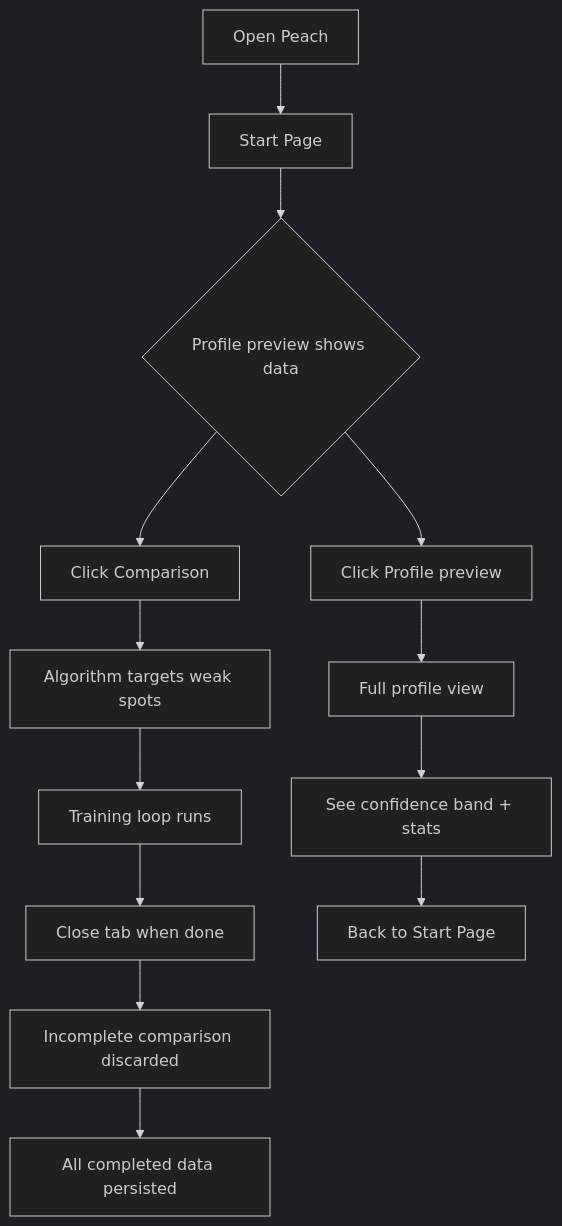
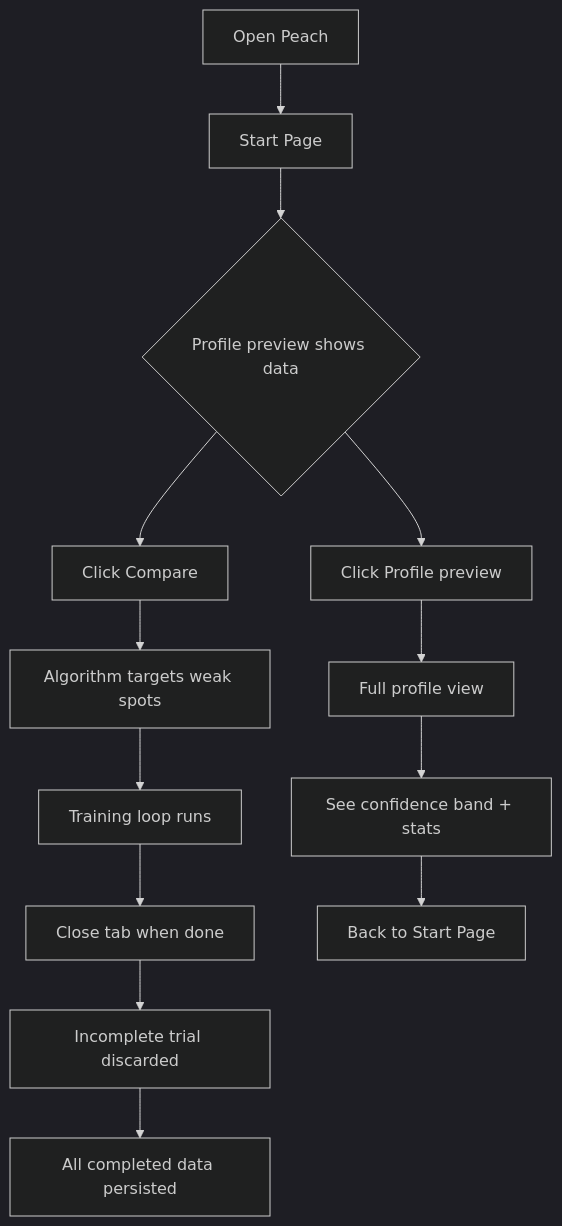
Before and after one commit to mschuerig/peach-web: the second of 5 diagrams in docs/planning-artifacts/ux-design-specification.md, drawn with Mermaid (dark theme). The commit also changed other lines of this file and 6 other files, not shown here.

````diff
--- a/docs/planning-artifacts/ux-design-specification.md
+++ b/docs/planning-artifacts/ux-design-specification.md
@@ -630,16 +630,16 @@
 ```mermaid
 flowchart TD
     A[Open Peach] --> B[Start Page]
     B --> C{Profile preview shows data}
-    C --> D[Click Comparison]
+    C --> D[Click Compare]
     D --> E[Algorithm targets weak spots]
     E --> F[Training loop runs]
     F --> G[Close tab when done]
-    G --> H[Incomplete comparison discarded]
+    G --> H[Incomplete trial discarded]
     H --> I[All completed data persisted]
 
     C --> J[Click Profile preview]
     J --> K[Full profile view]
     K --> L[See confidence band + stats]
     L --> M[Back to Start Page]
 ```
````
